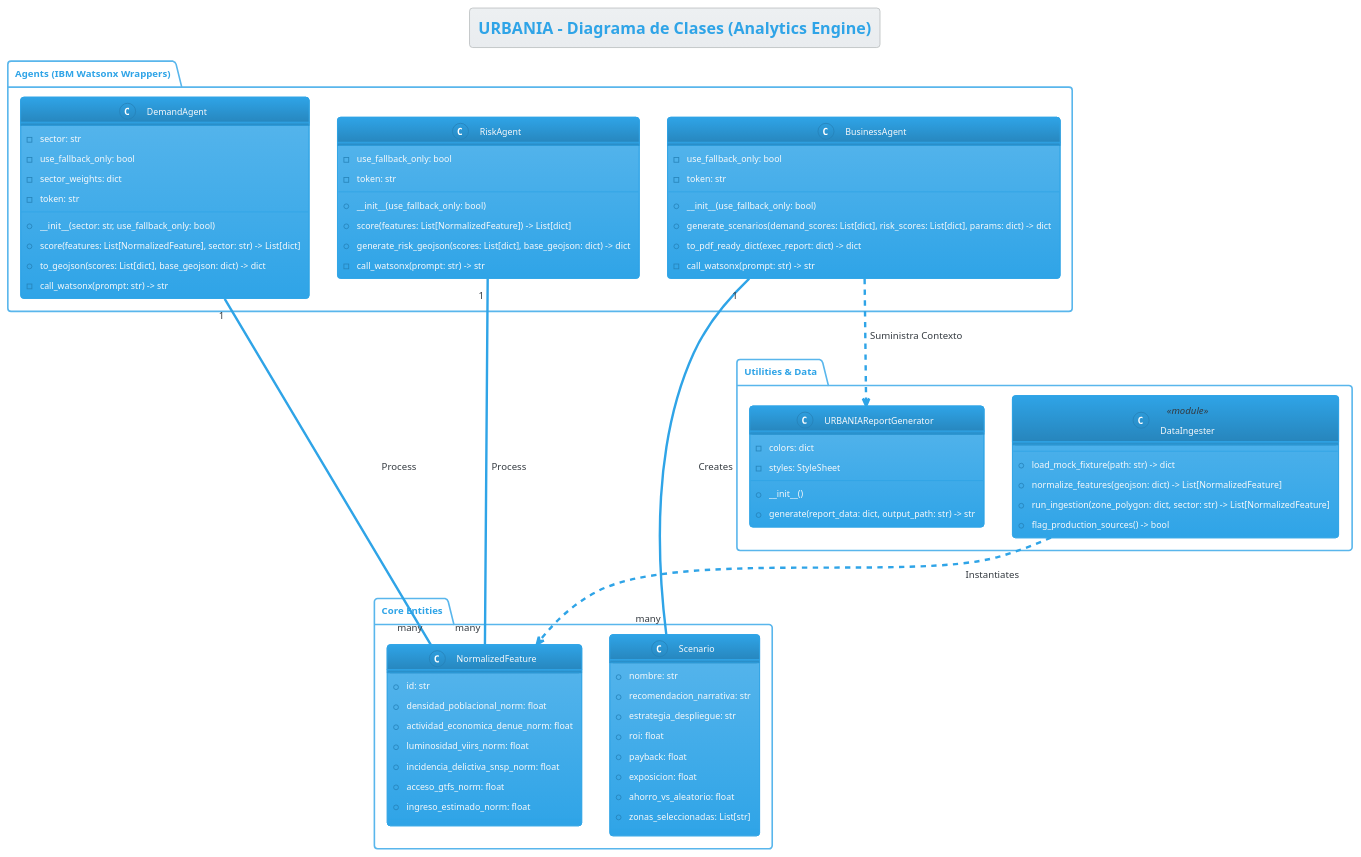
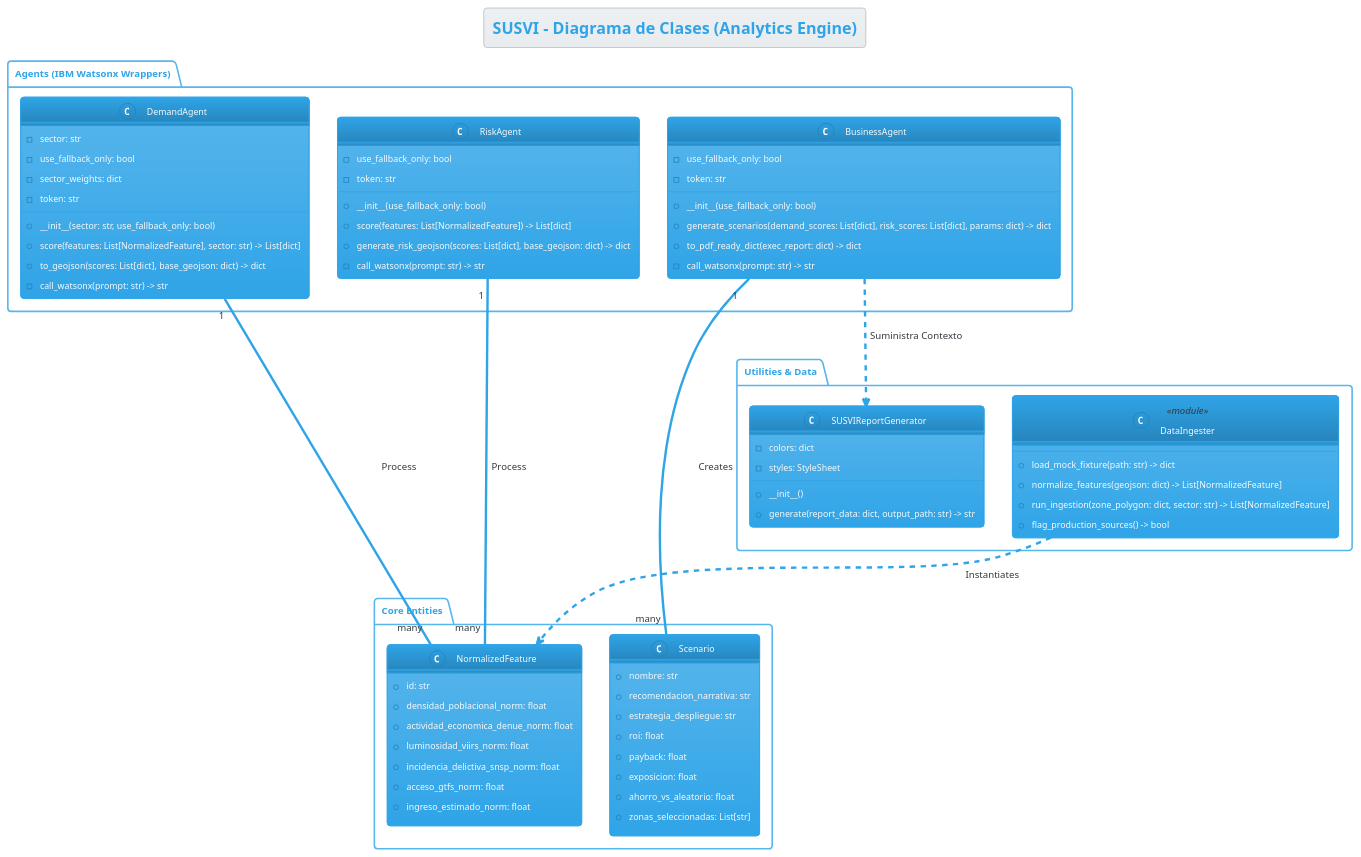
The diagram in docs/class_diagram.puml (IsaiPerez02033/URBANIA), drawn with PlantUML before and after one commit. The commit also changed 36 other files, not shown here.

```diff
--- a/docs/class_diagram.puml
+++ b/docs/class_diagram.puml
@@ -1,84 +1,84 @@
 @startuml
 !theme cerulean
 
-title URBANIA - Diagrama de Clases (Analytics Engine)
+title SUSVI - Diagrama de Clases (Analytics Engine)
 
 package "Core Entities" {
     class NormalizedFeature {
         +id: str
         +densidad_poblacional_norm: float
         +actividad_economica_denue_norm: float
         +luminosidad_viirs_norm: float
         +incidencia_delictiva_snsp_norm: float
         +acceso_gtfs_norm: float
         +ingreso_estimado_norm: float
     }
     
     class Scenario {
         +nombre: str
         +recomendacion_narrativa: str
         +estrategia_despliegue: str
         +roi: float
         +payback: float
         +exposicion: float
         +ahorro_vs_aleatorio: float
         +zonas_seleccionadas: List[str]
     }
 }
 
 package "Agents (IBM Watsonx Wrappers)" {
     class DemandAgent {
         -sector: str
         -use_fallback_only: bool
         -sector_weights: dict
         -token: str
         +__init__(sector: str, use_fallback_only: bool)
         +score(features: List[NormalizedFeature], sector: str) -> List[dict]
         +to_geojson(scores: List[dict], base_geojson: dict) -> dict
         -call_watsonx(prompt: str) -> str
     }
     
     class RiskAgent {
         -use_fallback_only: bool
         -token: str
         +__init__(use_fallback_only: bool)
         +score(features: List[NormalizedFeature]) -> List[dict]
         +generate_risk_geojson(scores: List[dict], base_geojson: dict) -> dict
         -call_watsonx(prompt: str) -> str
     }
     
     class BusinessAgent {
         -use_fallback_only: bool
         -token: str
         +__init__(use_fallback_only: bool)
         +generate_scenarios(demand_scores: List[dict], risk_scores: List[dict], params: dict) -> dict
         +to_pdf_ready_dict(exec_report: dict) -> dict
         -call_watsonx(prompt: str) -> str
     }
 }
 
 package "Utilities & Data" {
     class DataIngester <<module>> {
         +load_mock_fixture(path: str) -> dict
         +normalize_features(geojson: dict) -> List[NormalizedFeature]
         +run_ingestion(zone_polygon: dict, sector: str) -> List[NormalizedFeature]
         +flag_production_sources() -> bool
     }
     
-    class URBANIAReportGenerator {
+    class SUSVIReportGenerator {
         -colors: dict
         -styles: StyleSheet
         +__init__()
         +generate(report_data: dict, output_path: str) -> str
     }
 }
 
 ' Relaciones
 DemandAgent "1" -- "many" NormalizedFeature : "Process"
 RiskAgent "1" -- "many" NormalizedFeature : "Process"
 BusinessAgent "1" -- "many" Scenario : "Creates"
-BusinessAgent ..> URBANIAReportGenerator : "Suministra Contexto"
+BusinessAgent ..> SUSVIReportGenerator : "Suministra Contexto"
 
 DataIngester ..> NormalizedFeature : "Instantiates"
 
 @enduml
```
